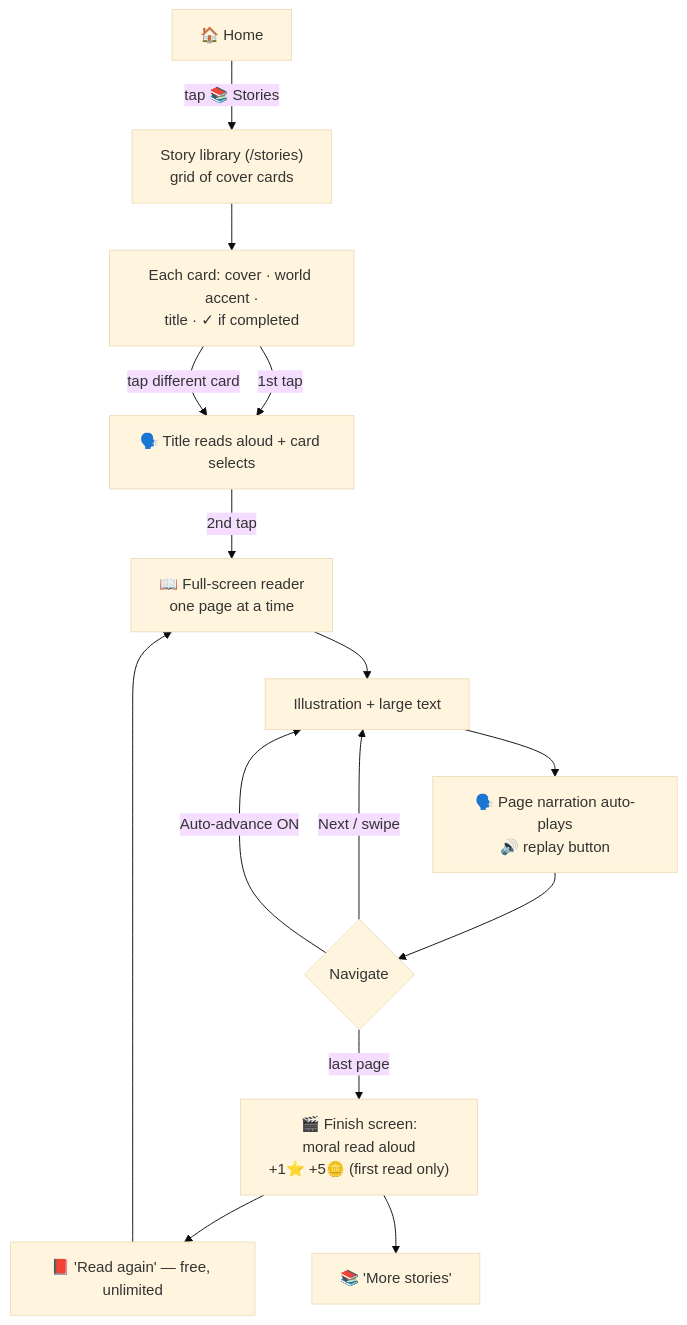
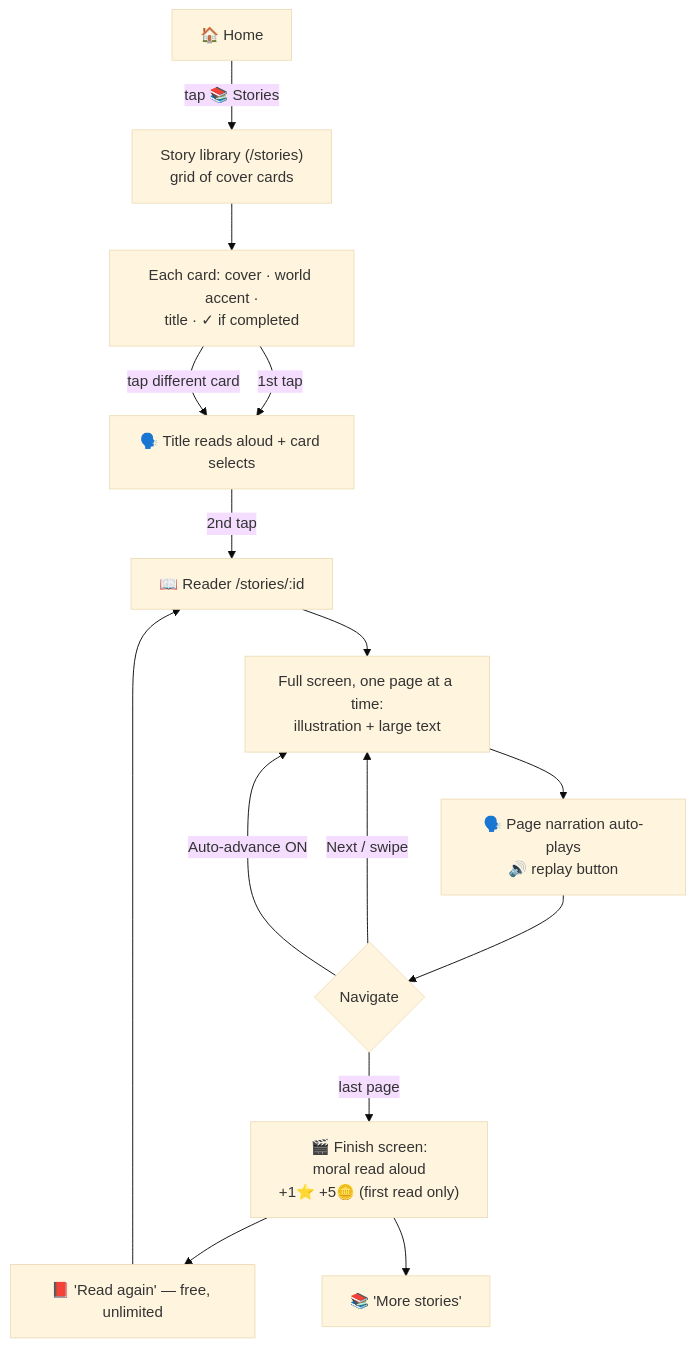
Diagram 11 of 26 in document/user-journey-manual.md (salmanbd100/kidlearn), drawn with Mermaid (base theme) before and after one commit. The commit also changed other lines of this file and 43 other files, not shown here.

````diff
--- a/document/user-journey-manual.md
+++ b/document/user-journey-manual.md
@@ -356,18 +361,18 @@
 ```mermaid
 flowchart TD
     Home[🏠 Home] -->|tap 📚 Stories| Lib["Story library (/stories)<br/>grid of cover cards"]
     Lib --> Card["Each card: cover · world accent ·<br/>title · ✓ if completed"]
     Card -->|1st tap| Speak[🗣️ Title reads aloud + card selects]
-    Speak -->|2nd tap| Reader
+    Speak -->|2nd tap| Reader["📖 Reader /stories/:id"]
     Card -->|tap different card| Speak
 
-    Reader["📖 Full-screen reader<br/>one page at a time"] --> Page[Illustration + large text]
+    Reader --> Page["Full screen, one page at a time:<br/>illustration + large text"]
     Page --> Narr[🗣️ Page narration auto-plays<br/>🔊 replay button]
     Narr --> Nav{Navigate}
     Nav -->|Next / swipe| Page
     Nav -->|Auto-advance ON| Page
     Nav -->|last page| Finish["🎬 Finish screen:<br/>moral read aloud<br/>+1⭐ +5🪙 (first read only)"]
     Finish --> Again[📕 'Read again' — free, unlimited]
     Finish --> Back[📚 'More stories']
     Again --> Reader
 ```
````
